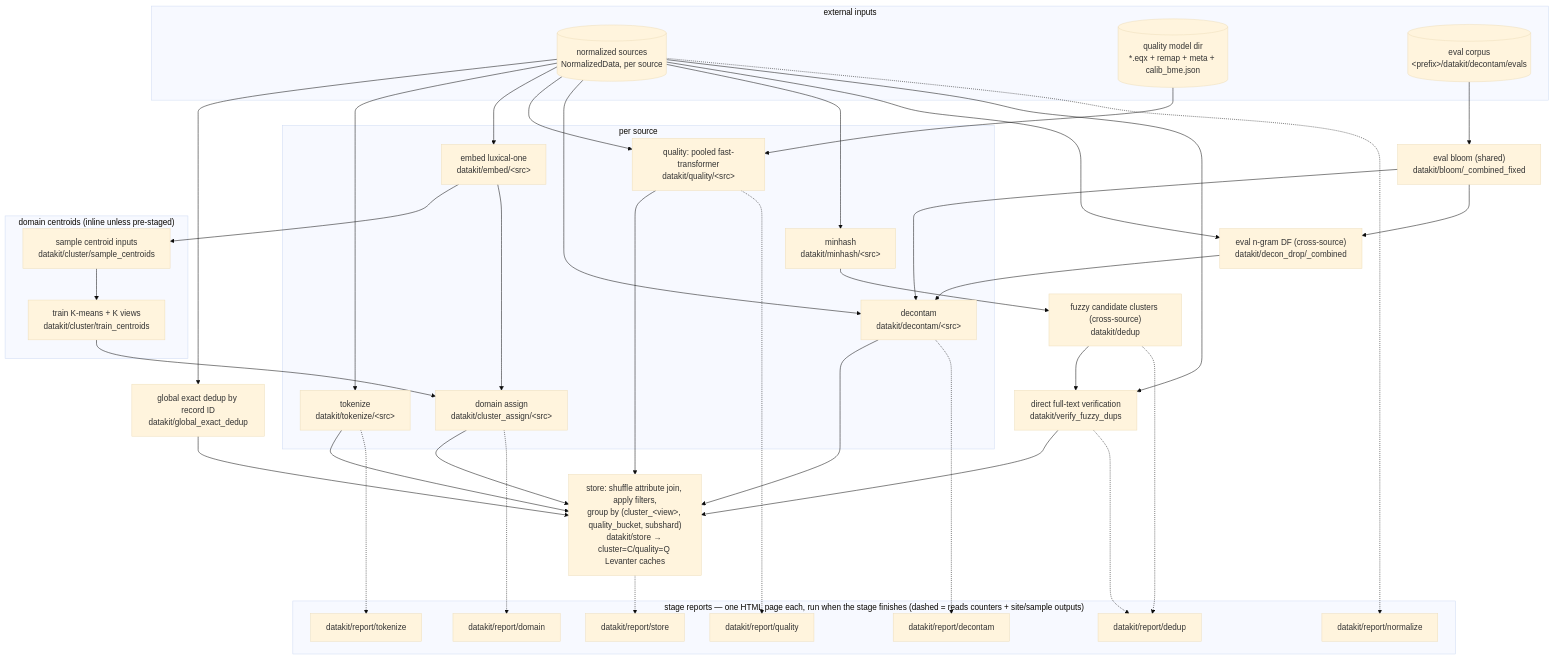
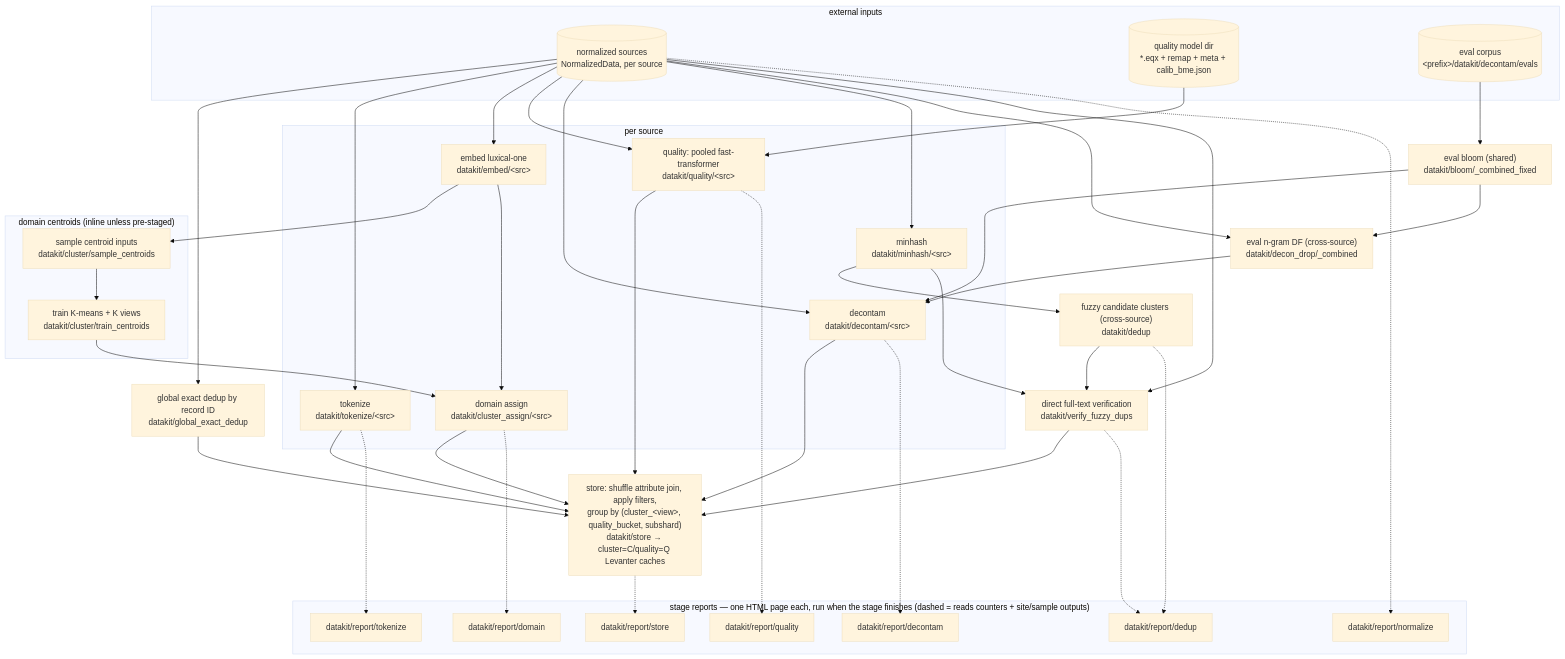
One commit to marin-community/marin changed the diagram in experiments/datakit/README.md. Above: the diagram before and after it, drawn with Mermaid (base theme). The commit also changed other lines of this file and 17 other files, not shown here.

````diff
--- a/experiments/datakit/README.md
+++ b/experiments/datakit/README.md
@@ -68,70 +73,71 @@
 ```mermaid
 flowchart TD
     subgraph inputs["external inputs"]
         SRC[("normalized sources<br/>NormalizedData, per source")]
         MODEL[("quality model dir<br/>*.eqx + remap + meta + calib_bme.json")]
         EVALS[("eval corpus<br/>&lt;prefix&gt;/datakit/decontam/evals")]
     end
 
     subgraph per_source["per source"]
         TOK["tokenize<br/>datakit/tokenize/&lt;src&gt;"]
         EMB["embed luxical-one<br/>datakit/embed/&lt;src&gt;"]
         ASG["domain assign<br/>datakit/cluster_assign/&lt;src&gt;"]
         QUAL["quality: pooled fast-transformer<br/>datakit/quality/&lt;src&gt;"]
         DECON["decontam<br/>datakit/decontam/&lt;src&gt;"]
         MH["minhash<br/>datakit/minhash/&lt;src&gt;"]
     end
 
     subgraph domain_model["domain centroids (inline unless pre-staged)"]
         SAMP["sample centroid inputs<br/>datakit/cluster/sample_centroids"]
         KM["train K-means + K views<br/>datakit/cluster/train_centroids"]
     end
 
     BLOOM["eval bloom (shared)<br/>datakit/bloom/_combined_fixed"]
     DF["eval n-gram DF (cross-source)<br/>datakit/decon_drop/_combined"]
     EXACT["global exact dedup by record ID<br/>datakit/global_exact_dedup"]
     DEDUP["fuzzy candidate clusters (cross-source)<br/>datakit/dedup"]
     VERIFY["direct full-text verification<br/>datakit/verify_fuzzy_dups"]
     STORE["store: shuffle attribute join, apply filters,<br/>group by (cluster_&lt;view&gt;, quality_bucket, subshard)<br/>datakit/store → cluster=C/quality=Q Levanter caches"]
 
     SRC --> EXACT
     SRC --> TOK
     SRC --> EMB
     SRC --> QUAL
     SRC --> DECON
     SRC --> MH
     MODEL --> QUAL
     EVALS --> BLOOM --> DF --> DECON
     SRC --> DF
     BLOOM --> DECON
     EMB --> SAMP --> KM --> ASG
     EMB --> ASG
     MH --> DEDUP
+    MH --> VERIFY
     SRC --> VERIFY
     DEDUP --> VERIFY
     TOK --> STORE
     ASG --> STORE
     QUAL --> STORE
     DECON --> STORE
     EXACT --> STORE
     VERIFY --> STORE
 
     subgraph reports["stage reports — one HTML page each, run when the stage finishes (dashed = reads counters + site/sample outputs)"]
         RN["datakit/report/normalize"]
         RT["datakit/report/tokenize"]
         RQ["datakit/report/quality"]
         RD["datakit/report/domain"]
         RC["datakit/report/decontam"]
         RU["datakit/report/dedup"]
         RS["datakit/report/store"]
     end
 
     SRC -.-> RN
     TOK -.-> RT
     QUAL -.-> RQ
     ASG -.-> RD
     DECON -.-> RC
     DEDUP -.-> RU
     VERIFY -.-> RU
     STORE -.-> RS
 ```
````
